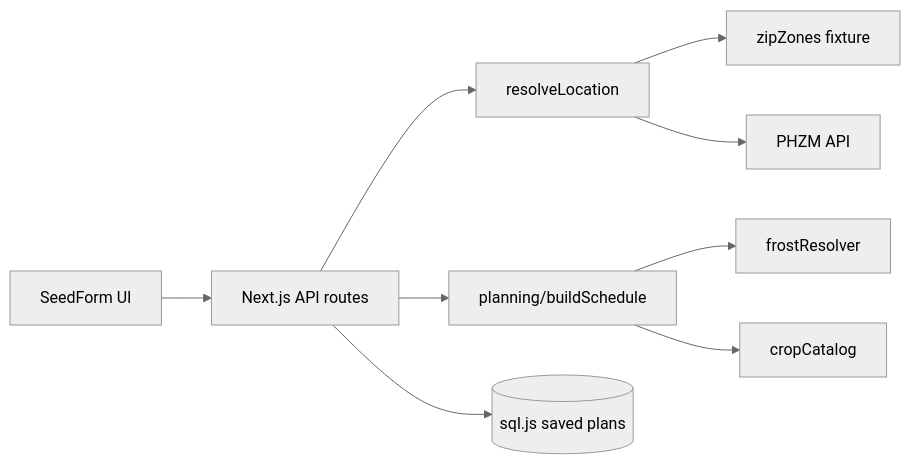
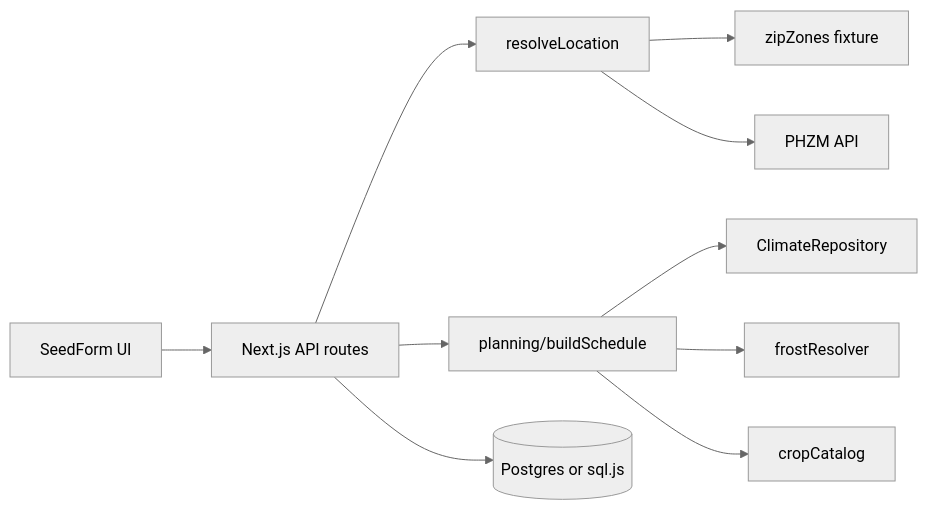
The diagram in README.md (bryanbeltran/seed-starter), drawn with Mermaid (neutral theme) before and after one commit. The commit also changed other lines of this file and 21 other files, not shown here.

First line of the commit message:
feat: Phase E climate ETL, Postgres plans, Vercel deploy

````diff
--- a/README.md
+++ b/README.md
@@ -16,11 +21,12 @@
 ```mermaid
 flowchart LR
   UI[SeedForm UI] --> API[Next.js API routes]
   API --> LOC[resolveLocation]
   API --> PLAN[planning/buildSchedule]
   LOC --> FIX[zipZones fixture]
   LOC --> PHZM[PHZM API]
+  PLAN --> CLIM[ClimateRepository]
   PLAN --> FROST[frostResolver]
   PLAN --> CROP[cropCatalog]
-  API --> DB[(sql.js saved plans)]
+  API --> DB[(Postgres or sql.js)]
 ```
````
